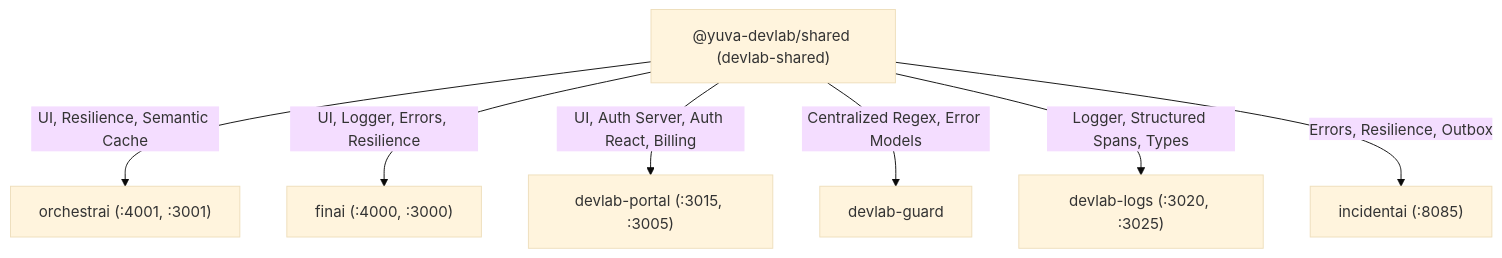
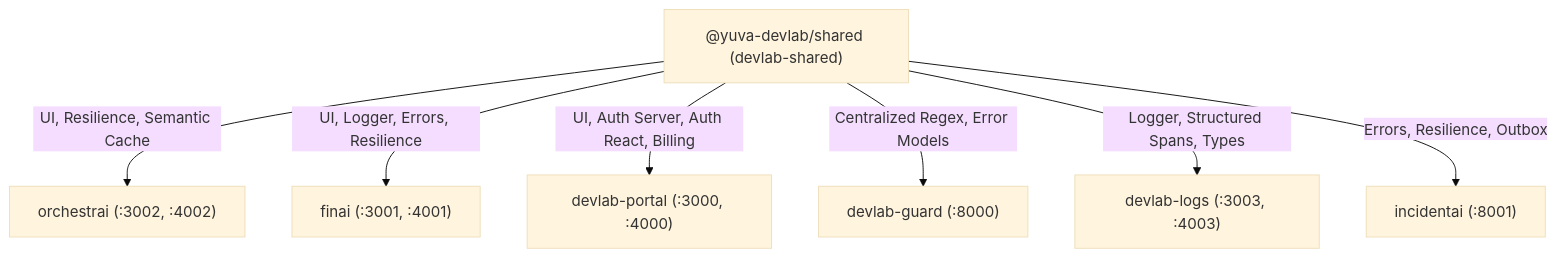
Before and after one commit to yuvadevlab/devlab-shared: the diagram in PROJECT_INFO.md, drawn with Mermaid (base theme). The commit also changed 14 other files, not shown here.

````diff
--- a/PROJECT_INFO.md
+++ b/PROJECT_INFO.md
@@ -135,18 +135,18 @@
 ```mermaid
 graph TD
     Shared["@yuva-devlab/shared (devlab-shared)"]
 
-    OrchestrAI["orchestrai (:4001, :3001)"]
-    FinAI["finai (:4000, :3000)"]
-    Portal["devlab-portal (:3015, :3005)"]
-    Guard["devlab-guard"]
-    Logs["devlab-logs (:3020, :3025)"]
-    IncidentAI["incidentai (:8085)"]
+    Portal["devlab-portal (:3000, :4000)"]
+    FinAI["finai (:3001, :4001)"]
+    OrchestrAI["orchestrai (:3002, :4002)"]
+    Logs["devlab-logs (:3003, :4003)"]
+    Guard["devlab-guard (:8000)"]
+    IncidentAI["incidentai (:8001)"]
 
     Shared -->|"UI, Resilience, Semantic Cache"| OrchestrAI
     Shared -->|"UI, Logger, Errors, Resilience"| FinAI
     Shared -->|"UI, Auth Server, Auth React, Billing"| Portal
     Shared -->|"Centralized Regex, Error Models"| Guard
     Shared -->|"Logger, Structured Spans, Types"| Logs
     Shared -->|"Errors, Resilience, Outbox"| IncidentAI
 ```
````
